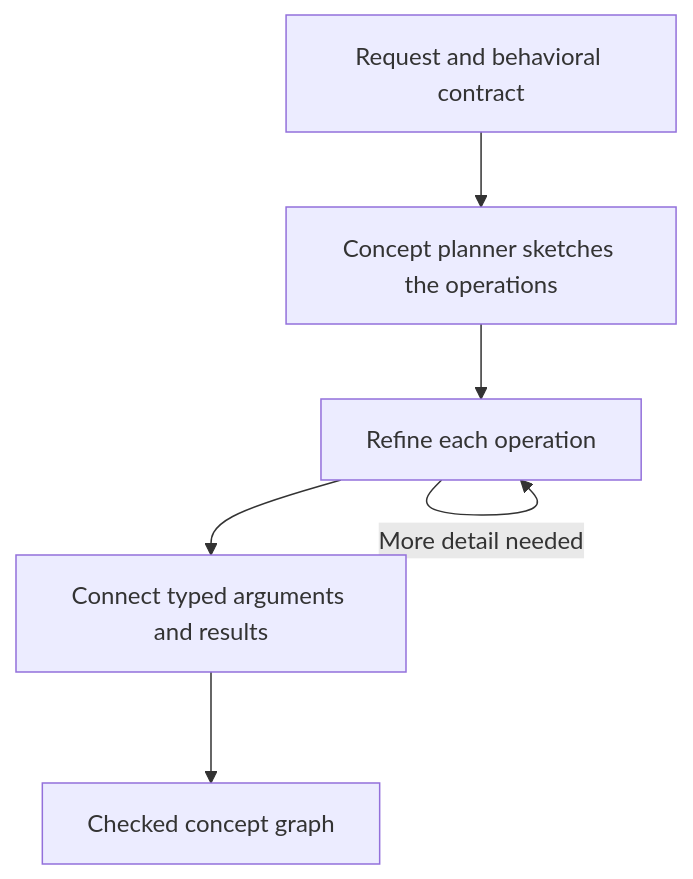
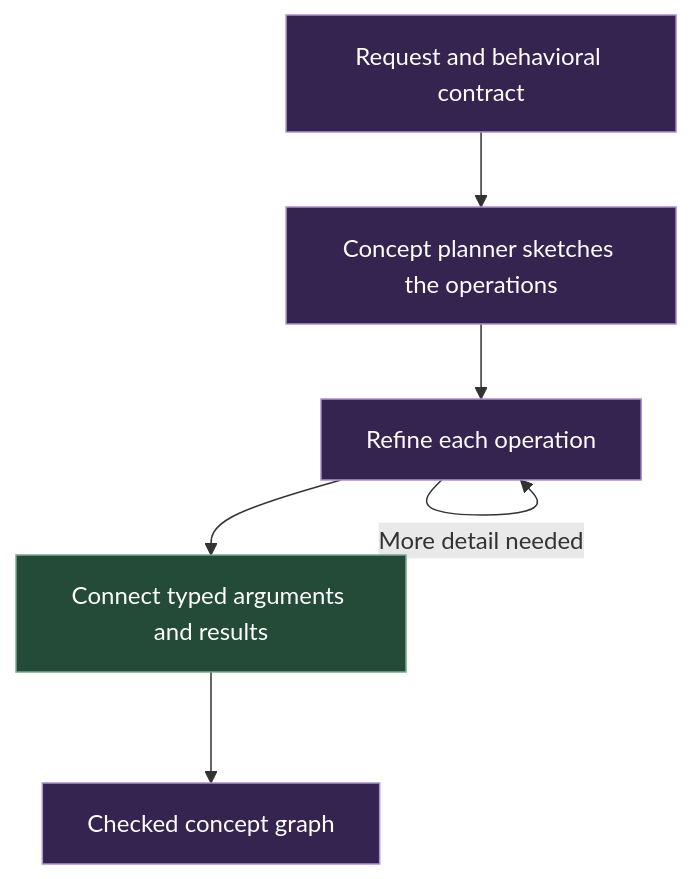
The first of 6 diagrams in docs/Subsystems.md (Kian-hdr/lore-demo), drawn with Mermaid before and after one commit. The commit also changed other lines of this file and 7 other files, not shown here.

Commit message:
IND-317 visualize memory architecture and use numeric hierarchy codes

````diff
--- a/docs/Subsystems.md
+++ b/docs/Subsystems.md
@@ -11,8 +11,12 @@
 ```mermaid
 flowchart TD
     A["Request and behavioral contract"] --> B["Concept planner sketches the operations"]
     B --> C["Refine each operation"]
     C --> D["Connect typed arguments and results"]
     D --> E["Checked concept graph"]
     C -->|More detail needed| C
+    classDef plan fill:#35244f,stroke:#aa91d2,color:#ffffff;
+    class A,B,C,E plan;
+    classDef check fill:#234b38,stroke:#7ba98c,color:#ffffff;
+    class D check;
 ```
````
